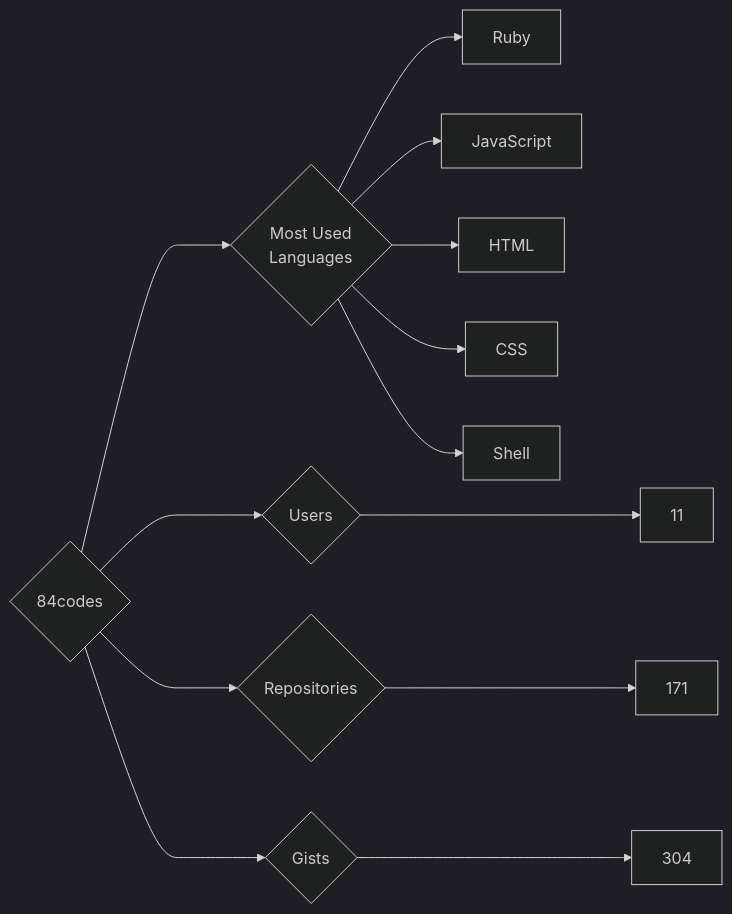
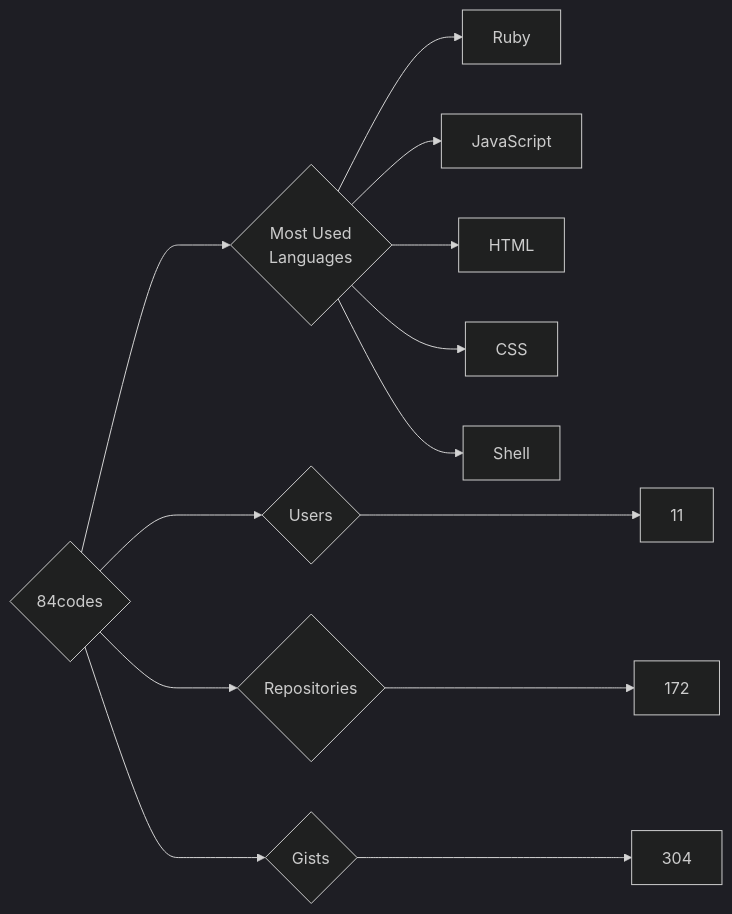
One commit to trickest/insiders changed the diagram in targets/84codes/README.md. Above: the diagram before and after it, drawn with Mermaid (dark theme). The commit also changed 809 other files, not shown here.

````diff
--- a/targets/84codes/README.md
+++ b/targets/84codes/README.md
@@ -3,13 +3,13 @@
 ```mermaid
 graph LR
 COMPANY_NAME{84codes}
 COMPANY_NAME ---> U{Users} ---> UN[11]
-COMPANY_NAME ---> R{Repositories} ---> RN[171]
+COMPANY_NAME ---> R{Repositories} ---> RN[172]
 COMPANY_NAME ---> G{Gists} ---> GN[304]
 COMPANY_NAME ---> ML{Most Used<br>Languages}
 ML --> Ruby[Ruby]
 ML --> JavaScript[JavaScript]
 ML --> HTML[HTML]
 ML --> CSS[CSS]
 ML --> Shell[Shell]
 ```
````
